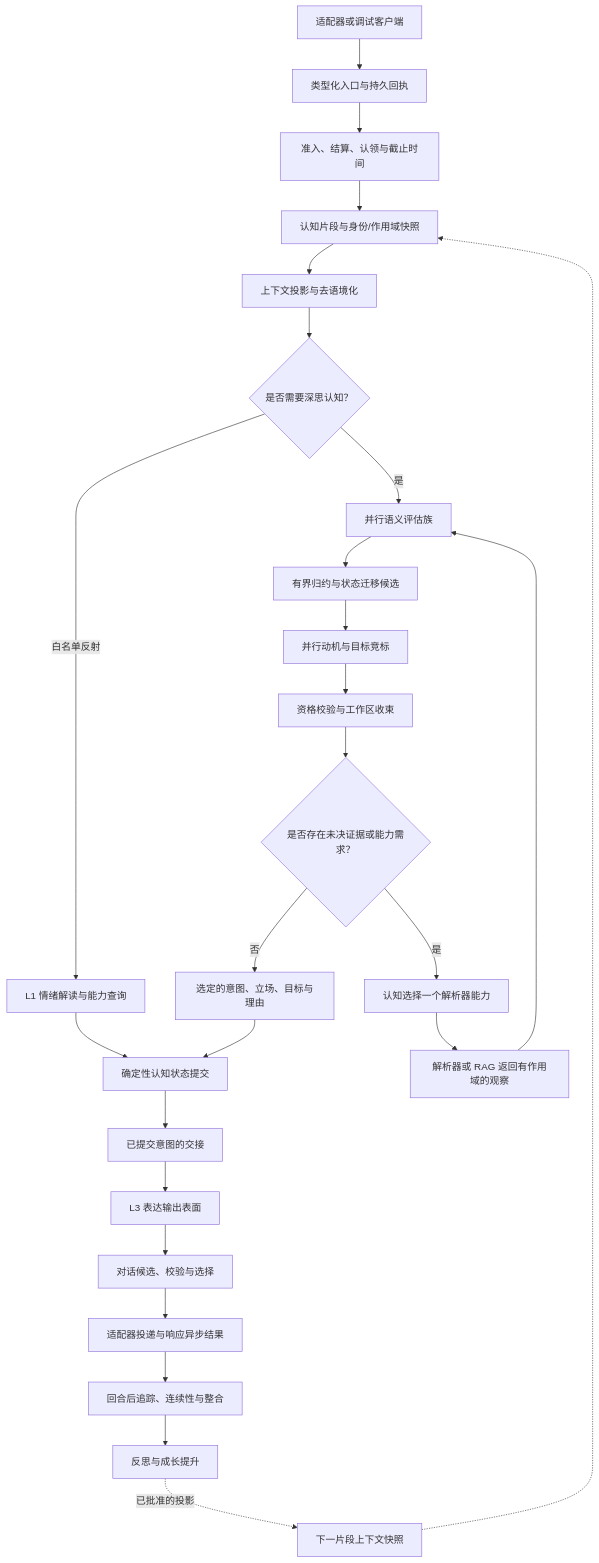
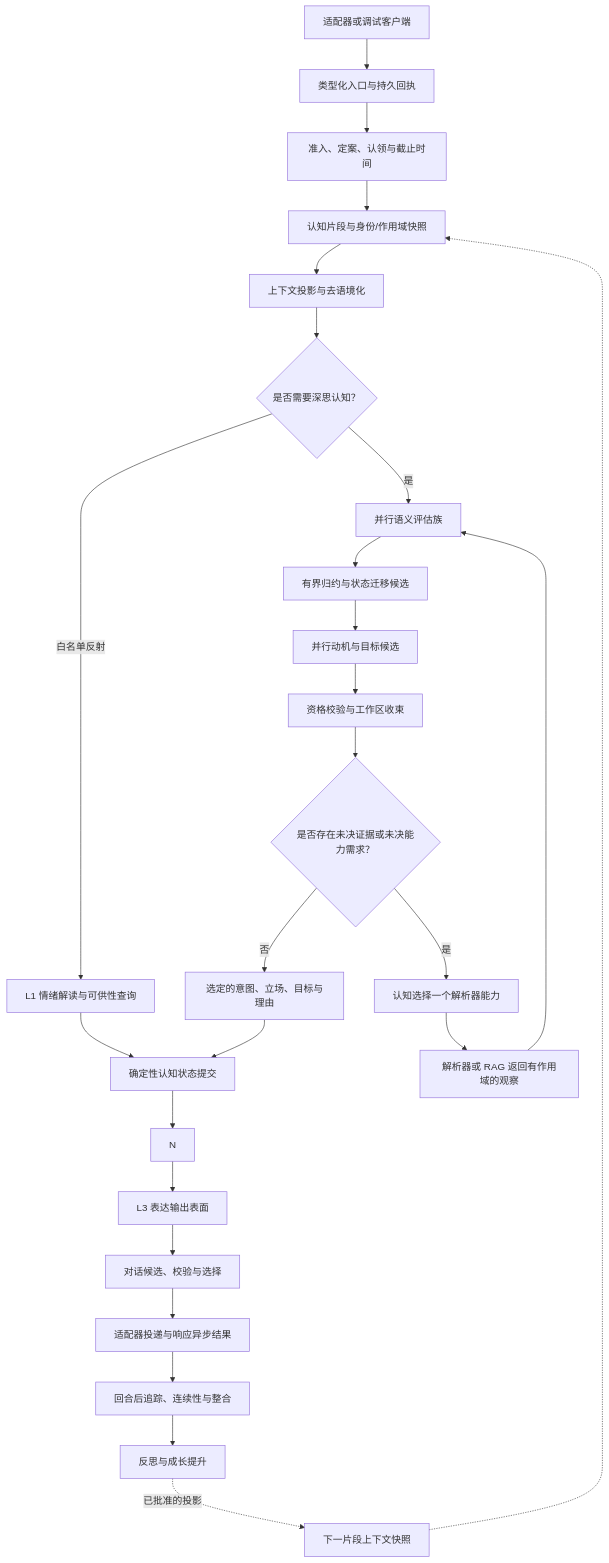
One commit to eamars/KazusaAIChatbot changed the first of 5 diagrams in docs/architecture/explicit_cognitive_trajectory_architecture_zh-CN.md. Above: the diagram before and after it, drawn with Mermaid. The commit also changed other lines of this file and 5 other files, not shown here.

````diff
--- a/docs/architecture/explicit_cognitive_trajectory_architecture_zh-CN.md
+++ b/docs/architecture/explicit_cognitive_trajectory_architecture_zh-CN.md
@@ -112,31 +112,31 @@
 ```mermaid
 flowchart TD
     A["适配器或调试客户端"] --> B["类型化入口与持久回执"]
-    B --> C["准入、结算、认领与截止时间"]
+    B --> C["准入、定案、认领与截止时间"]
     C --> D["认知片段与身份/作用域快照"]
     D --> E["上下文投影与去语境化"]
     E --> F{"是否需要深思认知？"}
 
-    F -->|"白名单反射"| G["L1 情绪解读与能力查询"]
+    F -->|"白名单反射"| G["L1 情绪解读与可供性查询"]
     G --> Q["确定性认知状态提交"]
 
     F -->|"是"| H["并行语义评估族"]
     H --> I["有界归约与状态迁移候选"]
-    I --> J["并行动机与目标竞标"]
+    I --> J["并行动机与目标候选"]
     J --> K["资格校验与工作区收束"]
-    K --> L{"是否存在未决证据或能力需求？"}
+    K --> L{"是否存在未决证据或未决能力需求？"}
     L -->|"是"| M["认知选择一个解析器能力"]
     M --> O["解析器或 RAG 返回有作用域的观察"]
     O --> H
     L -->|"否"| P["选定的意图、立场、目标与理由"]
     P --> Q["确定性认知状态提交"]
-    Q --> N["已提交意图的交接"]
+    Q --> N
 
     N --> R["L3 表达输出表面"]
     R --> S["对话候选、校验与选择"]
     S --> T["适配器投递与响应异步结果"]
     T --> U["回合后追踪、连续性与整合"]
     U --> V["反思与成长提升"]
     V -. "已批准的投影" .-> W["下一片段上下文快照"]
     W -.-> D
 ```
````
